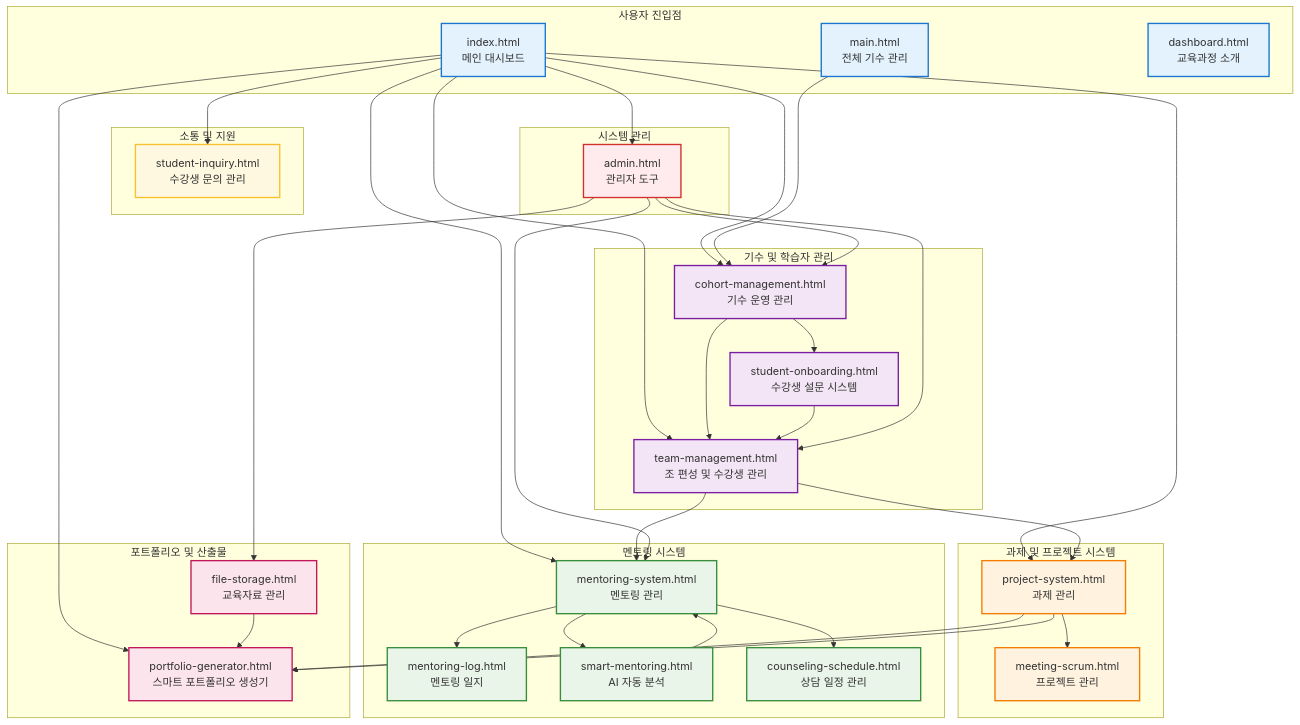
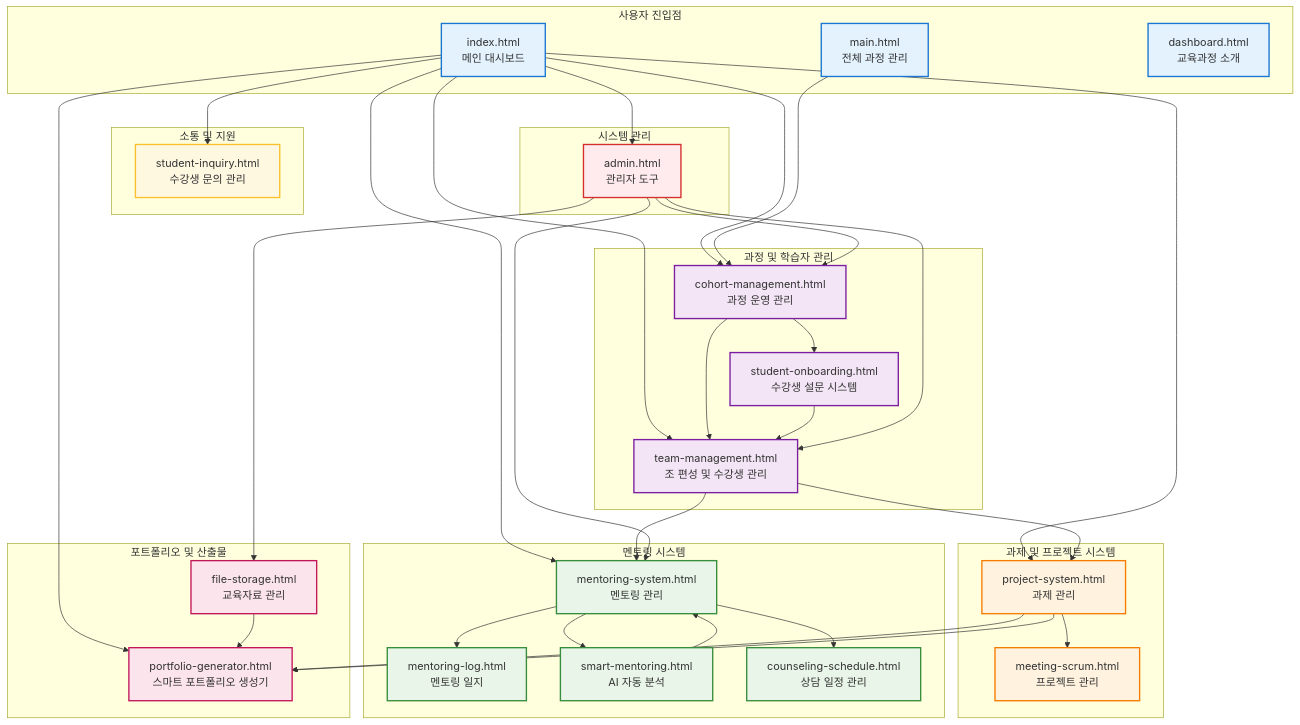
The first of 3 diagrams in AI-X-System-Architecture-Diagrams.md (Chwijung/Wireframe), drawn with Mermaid before and after one commit. The commit also changed other lines of this file and 9 other files, not shown here.

```diff
--- a/AI-X-System-Architecture-Diagrams.md
+++ b/AI-X-System-Architecture-Diagrams.md
@@ -14,13 +14,13 @@
     %% 사용자 및 진입점
     subgraph "사용자 진입점"
         A[index.html<br/>메인 대시보드]
-        B[main.html<br/>전체 기수 관리]
+        B[main.html<br/>전체 과정 관리]
         C[dashboard.html<br/>교육과정 소개]
     end
     
     %% 핵심 관리 시스템
-    subgraph "기수 및 학습자 관리"
-        D[cohort-management.html<br/>기수 운영 관리]
+    subgraph "과정 및 학습자 관리"
+        D[cohort-management.html<br/>과정 운영 관리]
         E[team-management.html<br/>조 편성 및 수강생 관리]
         F[student-onboarding.html<br/>수강생 설문 시스템]
     end
@@ -64,10 +64,10 @@
     A --> O
     A --> P
     
-    %% 전체 기수 관리 연결
+    %% 전체 과정 관리 연결
     B --> D
     
-    %% 기수 관리 연결
+    %% 과정 관리 연결
     D --> E
     D --> F
     
```
